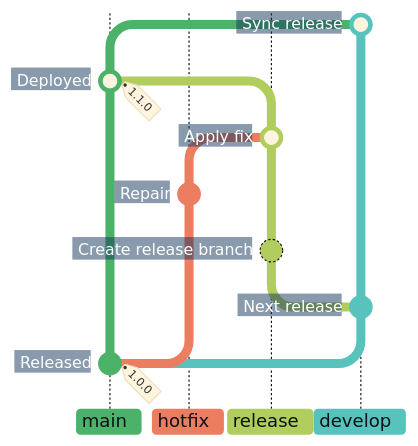
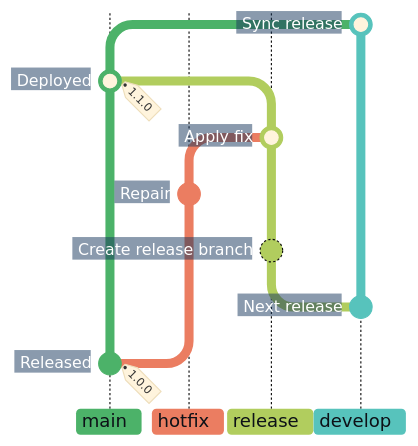
Before and after one commit to superhero/operations.superduper.solutions: the fourth of 7 diagrams in docs/adr/cicd.md, drawn with Mermaid.

Commit message:
docs: omit develop ancestry from the release hotfix graph

````diff
--- a/docs/adr/cicd.md
+++ b/docs/adr/cicd.md
@@ -139,25 +139,27 @@
 ```mermaid
 %%{init: {"theme": "base", "themeCSS": "line.branch { stroke: #8B949E; stroke-width: 1px; stroke-dasharray: 1 4; stroke-linecap: round; } .branchLabel, .tag-label { font-weight: 700; } .tag-label-bkg, .commit-label-bkg { opacity: 0.9; } .tag-label-bkg { fill: #B8E6C4; stroke: #8ED3A2; } .branchLabelBkg { opacity: 1; clip-path: inset(0 8px 0 0 round 4px) fill-box; } .commit-labels g:last-of-type { visibility: hidden; } .commit-labels g { transform-box: fill-box; transform-origin: calc(100% + 17px) calc(50% + 2px); transform: rotate(-10deg); } .commit-label { font-weight: 700; transform: translateX(-8px); } .commit-label-bkg { stroke: #17365D; stroke-width: 20px; transform: translateX(-5px); clip-path: polygon(-4px -4px, calc(100% + 4px) -4px, calc(100% + 10px) 50%, calc(100% + 4px) calc(100% + 4px), -4px calc(100% + 4px)) fill-box; } .commit.branch { stroke: #B1CD5E; stroke-dasharray: none; }", "gitGraph": {"showCommitLabel": true, "rotateCommitLabel": false}, "themeVariables": {
     "commitLabelFontSize": "14px", "commitLabelColor": "#FFFFFF", "commitLabelBackground": "#17365D",
     "git0": "#4CB269", "gitBranchLabel0": "#0D1117",
     "git1": "#EB7D61", "gitBranchLabel1": "#0D1117",
     "git2": "#B1CD5E", "gitBranchLabel2": "#0D1117",
     "git3": "#57C3BC", "gitBranchLabel3": "#0D1117"
 }}}%%
 gitGraph BT:
-    %% In BT order, the initial commit note is the last label group; its tag stays visible.
+    %% Show existing main and develop lanes with earlier ancestry omitted.
+    branch develop order: 3
+    checkout main
     commit id: "Released" tag: "1.0.0"
-    branch develop order: 3
+    checkout develop
     commit id: "Next release"
     branch "release" order: 2
     commit id: "Create release branch"
     checkout main
     branch "hotfix" order: 1
     commit id: "Repair"
     checkout "release"
     merge "hotfix" id: "Apply fix"
     checkout main
     merge "release" id: "Deployed" tag: "1.1.0"
     checkout develop
     merge main id: "Sync release"
 ```
````
